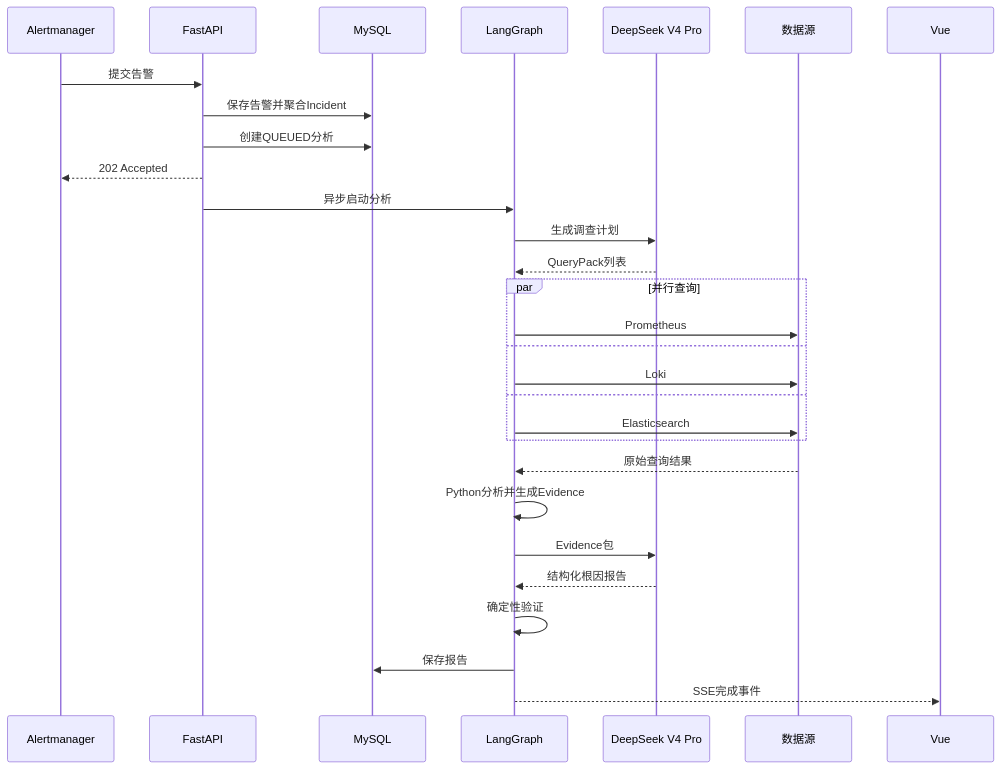
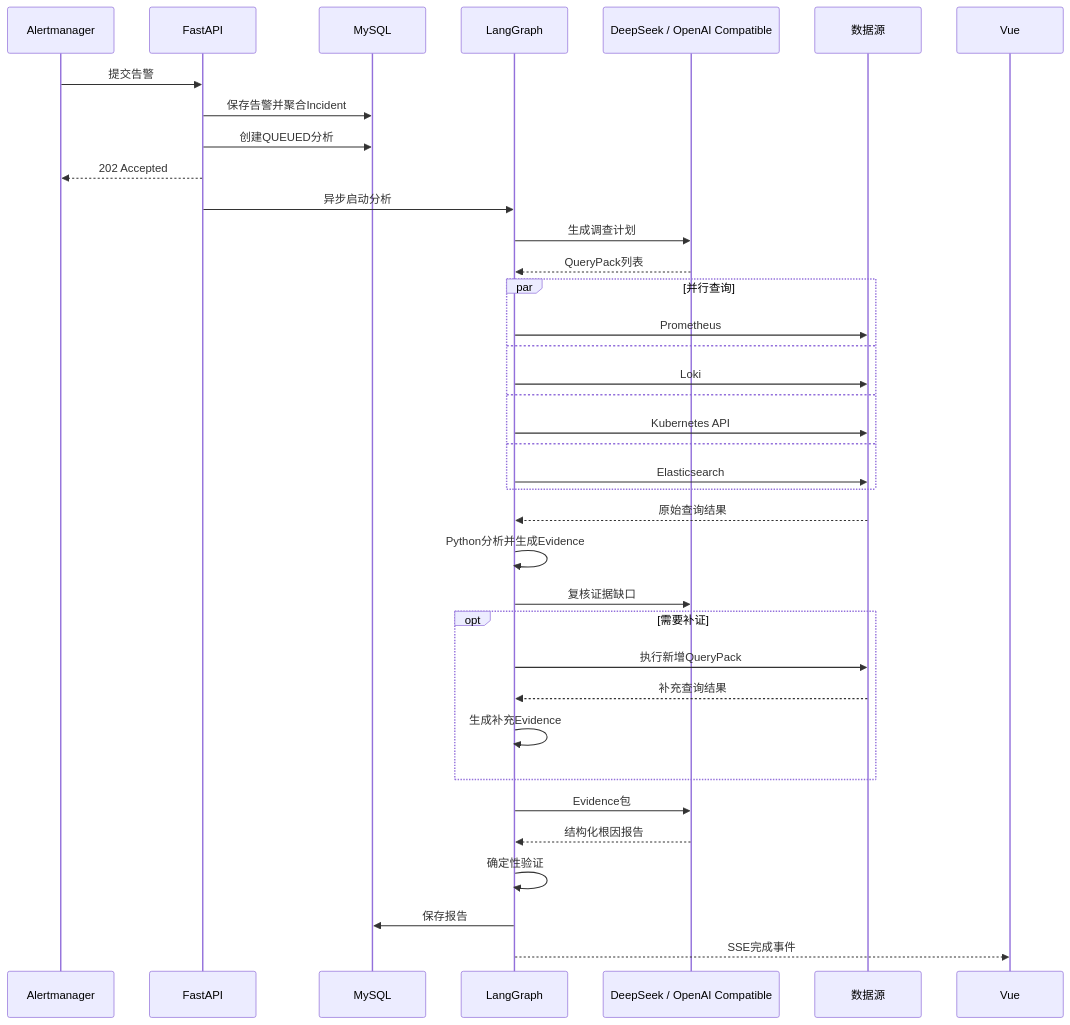
One commit to timmy1688/YiOps changed the third of 3 diagrams in YiOps-MVP技术落地方案.md. Above: the diagram before and after it, drawn with Mermaid. The commit also changed other lines of this file and 23 other files, not shown here.

````diff
--- a/YiOps-MVP技术落地方案.md
+++ b/YiOps-MVP技术落地方案.md
@@ -143,32 +152,40 @@
 ```mermaid
 sequenceDiagram
     participant A as Alertmanager
     participant API as FastAPI
     participant DB as MySQL
     participant G as LangGraph
-    participant LLM as DeepSeek V4 Pro
+    participant LLM as DeepSeek / OpenAI Compatible
     participant T as 数据源
     participant UI as Vue
 
     A->>API: 提交告警
     API->>DB: 保存告警并聚合Incident
     API->>DB: 创建QUEUED分析
     API-->>A: 202 Accepted
     API->>G: 异步启动分析
     G->>LLM: 生成调查计划
     LLM-->>G: QueryPack列表
     par 并行查询
         G->>T: Prometheus
     and
         G->>T: Loki
     and
+        G->>T: Kubernetes API
+    and
         G->>T: Elasticsearch
     end
     T-->>G: 原始查询结果
     G->>G: Python分析并生成Evidence
+    G->>LLM: 复核证据缺口
+    opt 需要补证
+        G->>T: 执行新增QueryPack
+        T-->>G: 补充查询结果
+        G->>G: 生成补充Evidence
+    end
     G->>LLM: Evidence包
     LLM-->>G: 结构化根因报告
     G->>G: 确定性验证
     G->>DB: 保存报告
     G-->>UI: SSE完成事件
 ```
````
